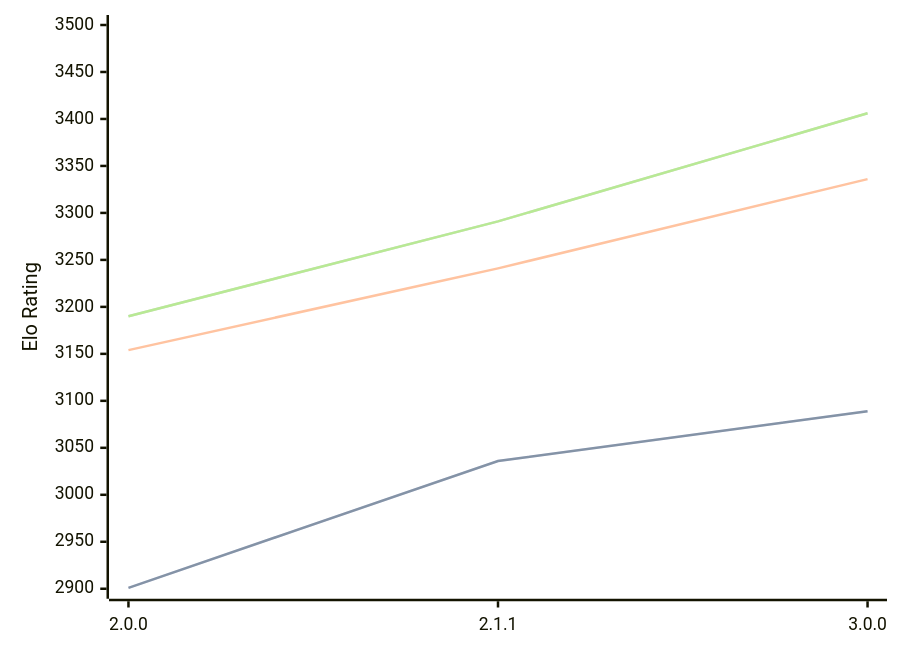
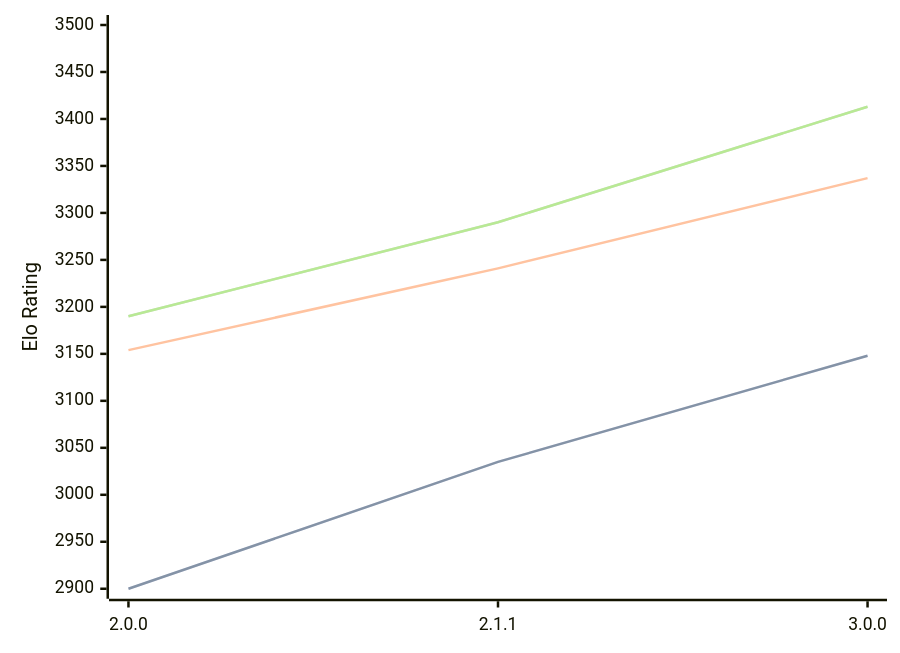
One commit to computer-chess-index/cci changed the diagram in engines/Bread.md. Above: the diagram before and after it, drawn with Mermaid. The commit also changed other lines of this file, not shown here.

Commit message:
Update CCI Ratings (ELO VLTC) - 2026-03-17

````diff
--- a/engines/Bread.md
+++ b/engines/Bread.md
@@ -49,11 +49,11 @@
 ```mermaid
 %%{init: {"theme":"base","themeVariables":{"seriesColors:['#a3a3a3','#222221','#faa371']}}}%%
 xychart-beta
   x-axis ["2.0.0", "2.1.1", "3.0.0"]
   y-axis "Elo Rating" 2900 --> 3500
-  line "STC (8.0+0.08s)" [2901, 3036, 3089]
-  line "STC (8.0+0.08s)" [2901, 3036, 3089]
-  line "LTC (60.0+0.60s)" [3154, 3241, 3336]
-  line "VLTC (2m24s+1.12s)" [3190, 3291, 3406]
-  line "VLTC (2m24s+1.12s)" [3190, 3291, 3406]
+  line "STC (8.0+0.08s)" [2900, 3035, 3148]
+  line "STC (8.0+0.08s)" [2900, 3035, 3148]
+  line "LTC (60.0+0.60s)" [3154, 3241, 3337]
+  line "VLTC (2m24s+1.12s)" [3190, 3290, 3413]
+  line "VLTC (2m24s+1.12s)" [3190, 3290, 3413]
 ```
````
